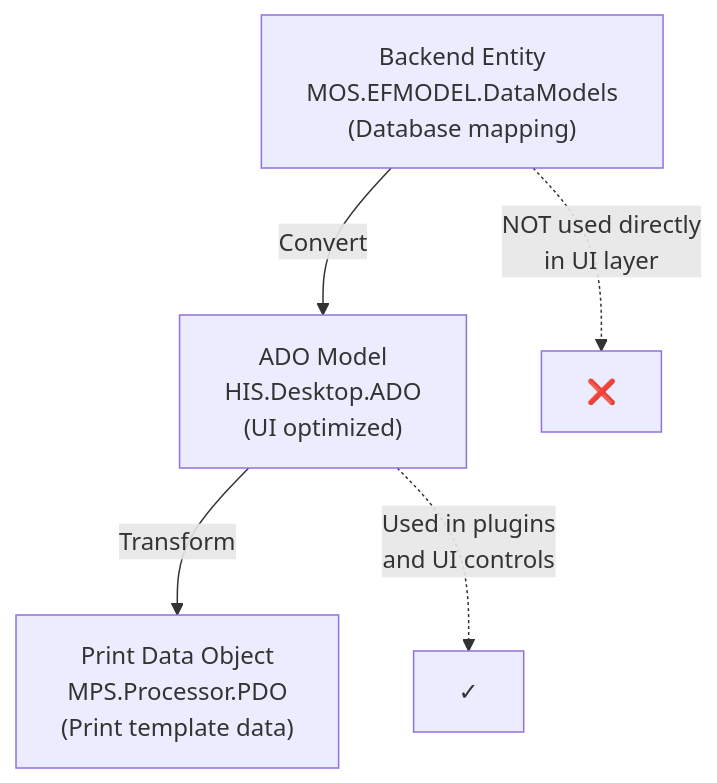
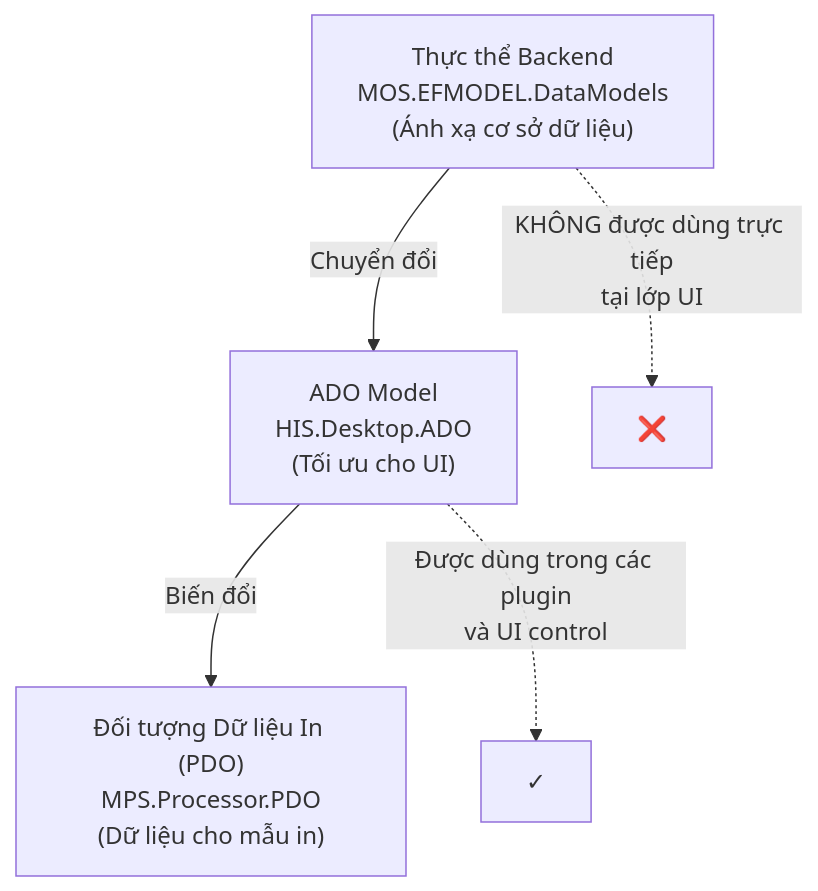
Diagram 14 of 14 in docs/his-ba-documentation/04-integrations/helper-plugins.md (thangpnb/HIS), drawn with Mermaid before and after one commit. The commit also changed other lines of this file and 30 other files, not shown here.

Commit message:
Refactor architecture docs and update translations

````diff
--- a/docs/his-ba-documentation/04-integrations/helper-plugins.md
+++ b/docs/his-ba-documentation/04-integrations/helper-plugins.md
@@ -925,12 +920,12 @@
 ```mermaid
 graph TB
-    Backend["Backend Entity<br/>MOS.EFMODEL.DataModels<br/>(Database mapping)"]
-    ADO["ADO Model<br/>HIS.Desktop.ADO<br/>(UI optimized)"]
-    PDO["Print Data Object<br/>MPS.Processor.PDO<br/>(Print template data)"]
+    Backend["Thực thể Backend<br/>MOS.EFMODEL.DataModels<br/>(Ánh xạ cơ sở dữ liệu)"]
+    ADO["ADO Model<br/>HIS.Desktop.ADO<br/>(Tối ưu cho UI)"]
+    PDO["Đối tượng Dữ liệu In (PDO)<br/>MPS.Processor.PDO<br/>(Dữ liệu cho mẫu in)"]
     
-    Backend -->|"Convert"| ADO
-    ADO -->|"Transform"| PDO
+    Backend -->|"Chuyển đổi"| ADO
+    ADO -->|"Biến đổi"| PDO
     
-    Backend -.->|"NOT used directly<br/>in UI layer"| X[❌]
-    ADO -.->|"Used in plugins<br/>and UI controls"| Check[✓]
+    Backend -.->|"KHÔNG được dùng trực tiếp<br/>tại lớp UI"| X[❌]
+    ADO -.->|"Được dùng trong các plugin<br/>và UI control"| Check[✓]
 ```
````
